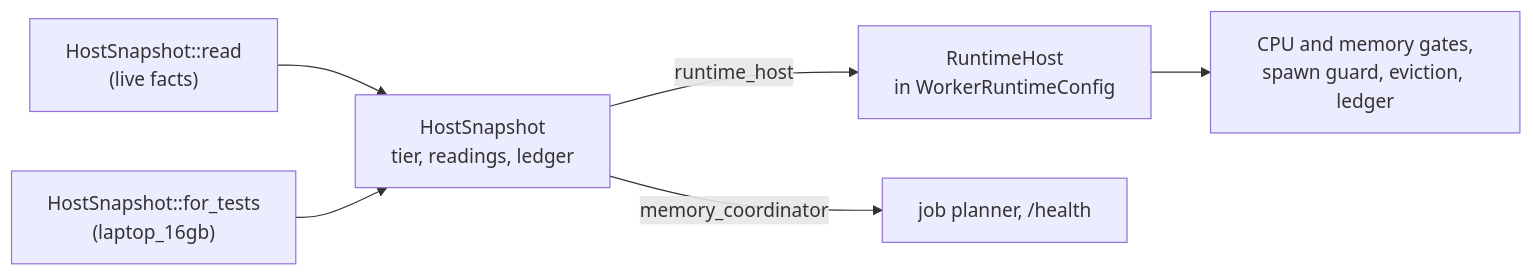
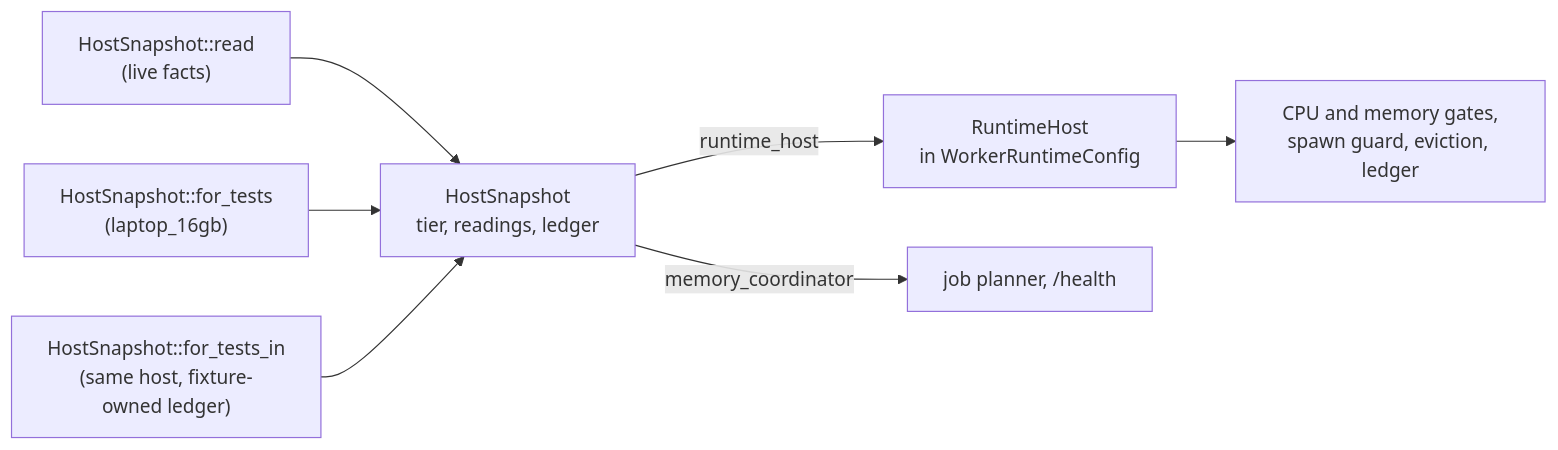
Before and after one commit to FranklinChen/talkbank-tools: the second of 3 diagrams in book/src/batchalign/developer/host-facts.md, drawn with Mermaid. The commit also changed other lines of this file and 39 other files, not shown here.

````diff
--- a/book/src/batchalign/developer/host-facts.md
+++ b/book/src/batchalign/developer/host-facts.md
@@ -148,8 +156,9 @@
 ```mermaid
 flowchart LR
     read["HostSnapshot::read<br/>(live facts)"] --> snap["HostSnapshot<br/>tier, readings, ledger"]
     tests["HostSnapshot::for_tests<br/>(laptop_16gb)"] --> snap
+    isolated["HostSnapshot::for_tests_in<br/>(same host, fixture-owned ledger)"] --> snap
     snap -->|runtime_host| rh["RuntimeHost<br/>in WorkerRuntimeConfig"]
     snap -->|memory_coordinator| planner["job planner, /health"]
     rh --> gates["CPU and memory gates,<br/>spawn guard, eviction, ledger"]
 ```
````
